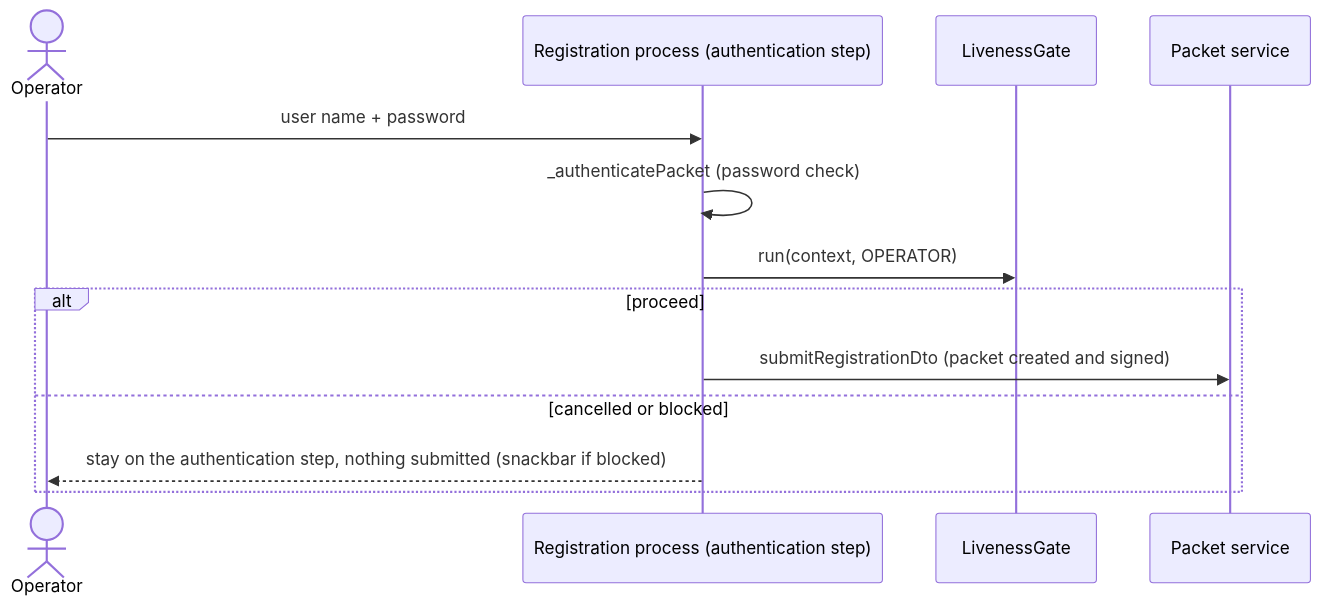
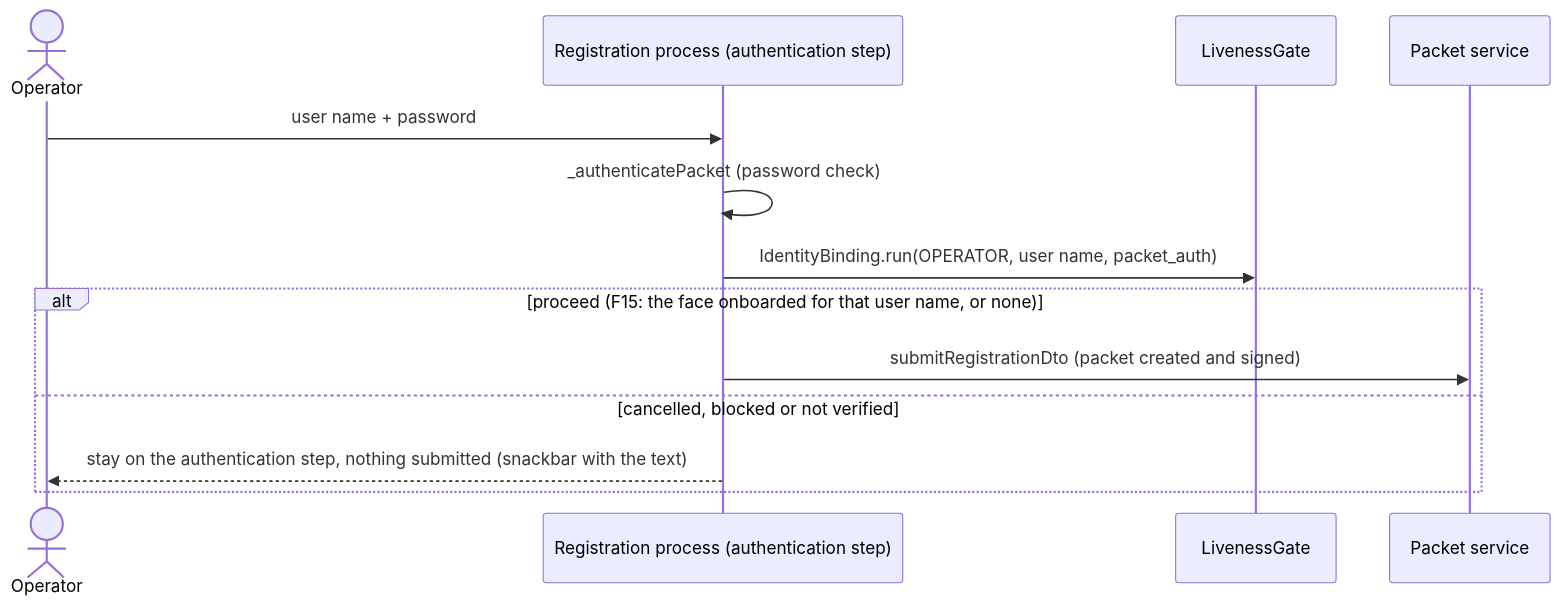
One commit to ChadDadChag/Mosip26 changed the fifth of 11 diagrams in docs/part5-android-integration.md. Above: the diagram before and after it, drawn with Mermaid. The commit also changed other lines of this file and 44 other files, not shown here.

````diff
--- a/docs/part5-android-integration.md
+++ b/docs/part5-android-integration.md
@@ -217,15 +218,15 @@
 ```mermaid
 sequenceDiagram
   actor Op as Operator
   participant Proc as Registration process (authentication step)
   participant Gate as LivenessGate
   participant Pkt as Packet service
   Op->>Proc: user name + password
   Proc->>Proc: _authenticatePacket (password check)
-  Proc->>Gate: run(context, OPERATOR)
-  alt proceed
+  Proc->>Gate: IdentityBinding.run(OPERATOR, user name, packet_auth)
+  alt proceed (F15: the face onboarded for that user name, or none)
     Proc->>Pkt: submitRegistrationDto (packet created and signed)
-  else cancelled or blocked
-    Proc-->>Op: stay on the authentication step, nothing submitted (snackbar if blocked)
+  else cancelled, blocked or not verified
+    Proc-->>Op: stay on the authentication step, nothing submitted (snackbar with the text)
   end
 ```
````
